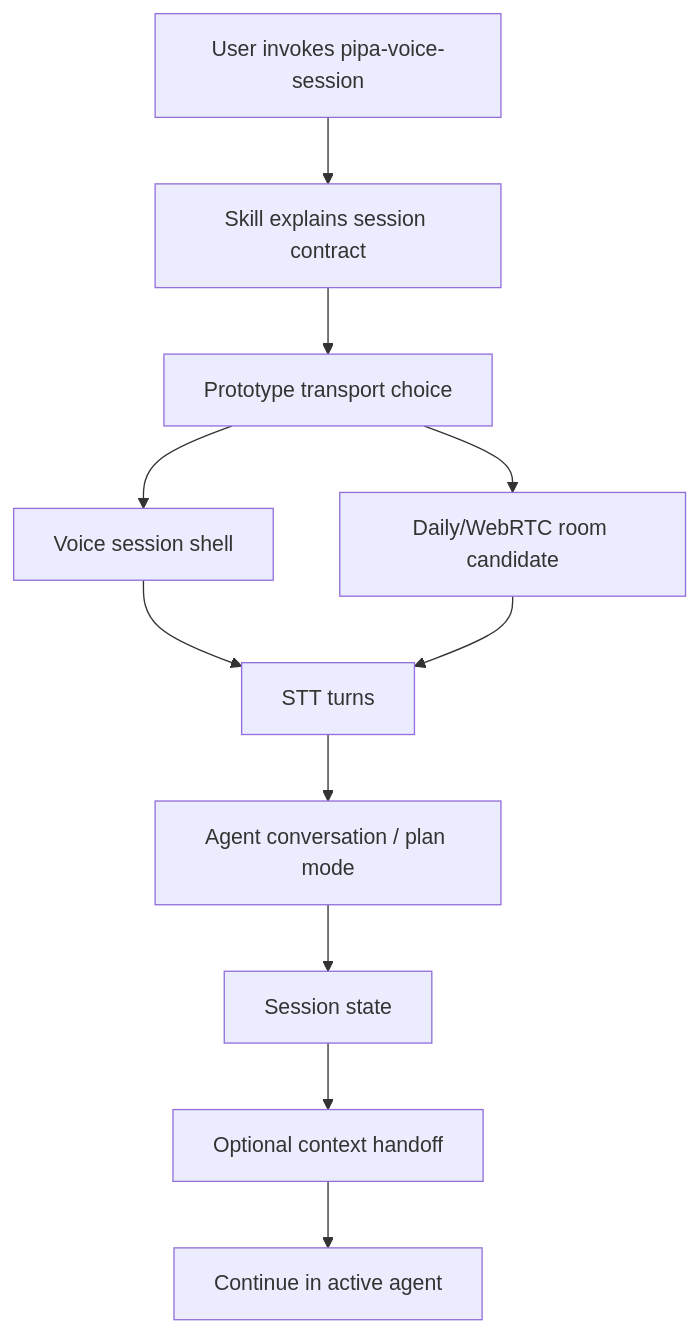
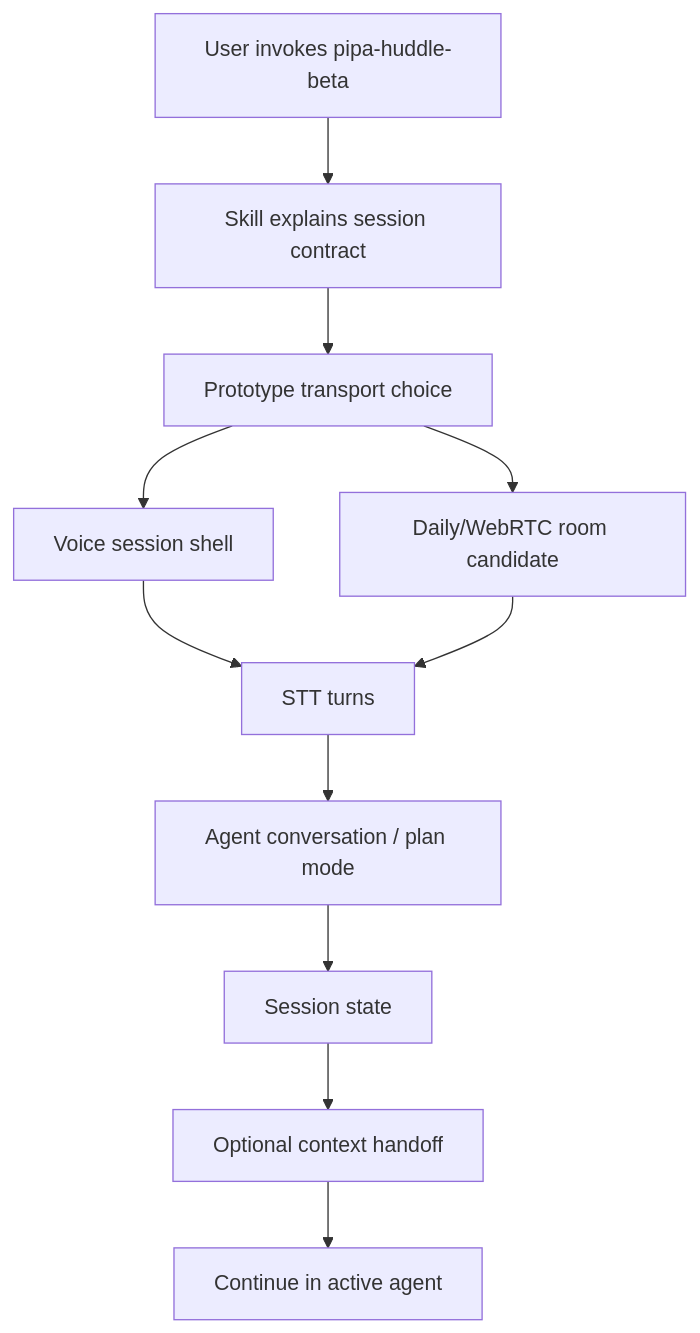
Before and after one commit to lunchpaillola/pipa-skills: the diagram in docs/plans/2026-06-03-001-feat-pipa-voice-session-plan.md, drawn with Mermaid. The commit also changed other lines of this file and 34 other files, not shown here.

Commit message:
feat(skill): rename voice session to huddle beta

````diff
--- a/docs/plans/2026-06-03-001-feat-pipa-voice-session-plan.md
+++ b/docs/plans/2026-06-03-001-feat-pipa-voice-session-plan.md
@@ -137,13 +137,13 @@
 ```mermaid
 flowchart TD
-  A[User invokes pipa-voice-session] --> B[Skill explains session contract]
+  A[User invokes pipa-huddle-beta] --> B[Skill explains session contract]
   B --> C[Prototype transport choice]
   C --> D[Voice session shell]
   C --> E[Daily/WebRTC room candidate]
   D --> F[STT turns]
   E --> F
   F --> G[Agent conversation / plan mode]
   G --> H[Session state]
   H --> I[Optional context handoff]
   I --> J[Continue in active agent]
 ```
````
